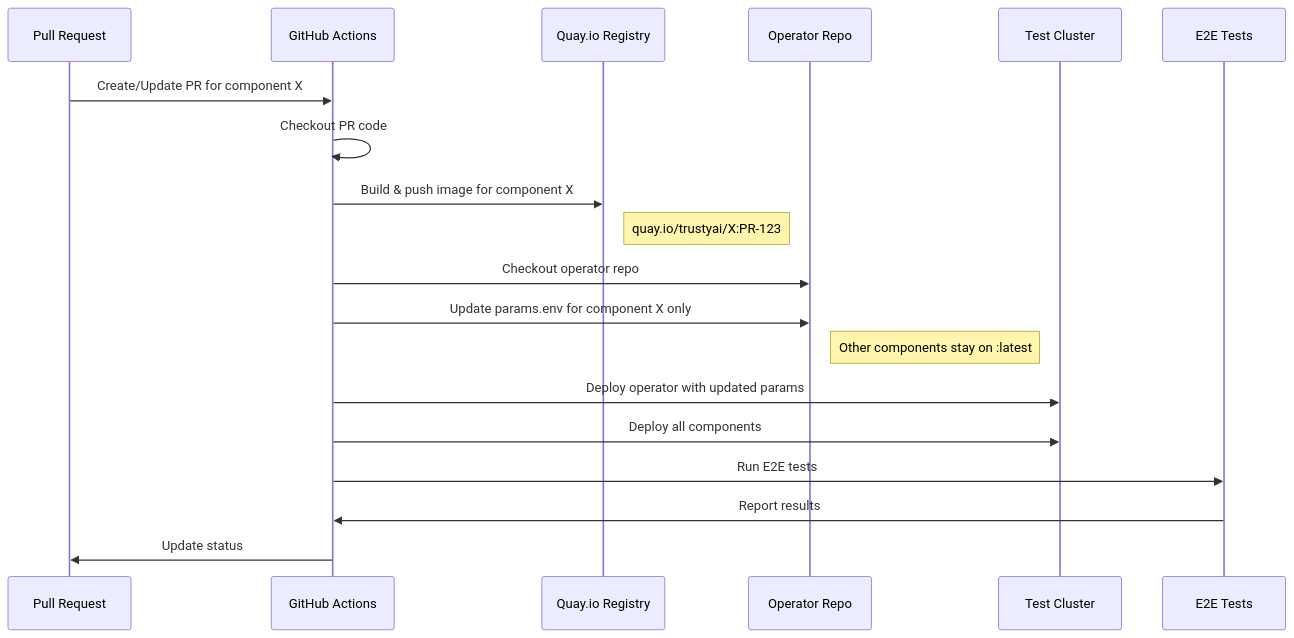
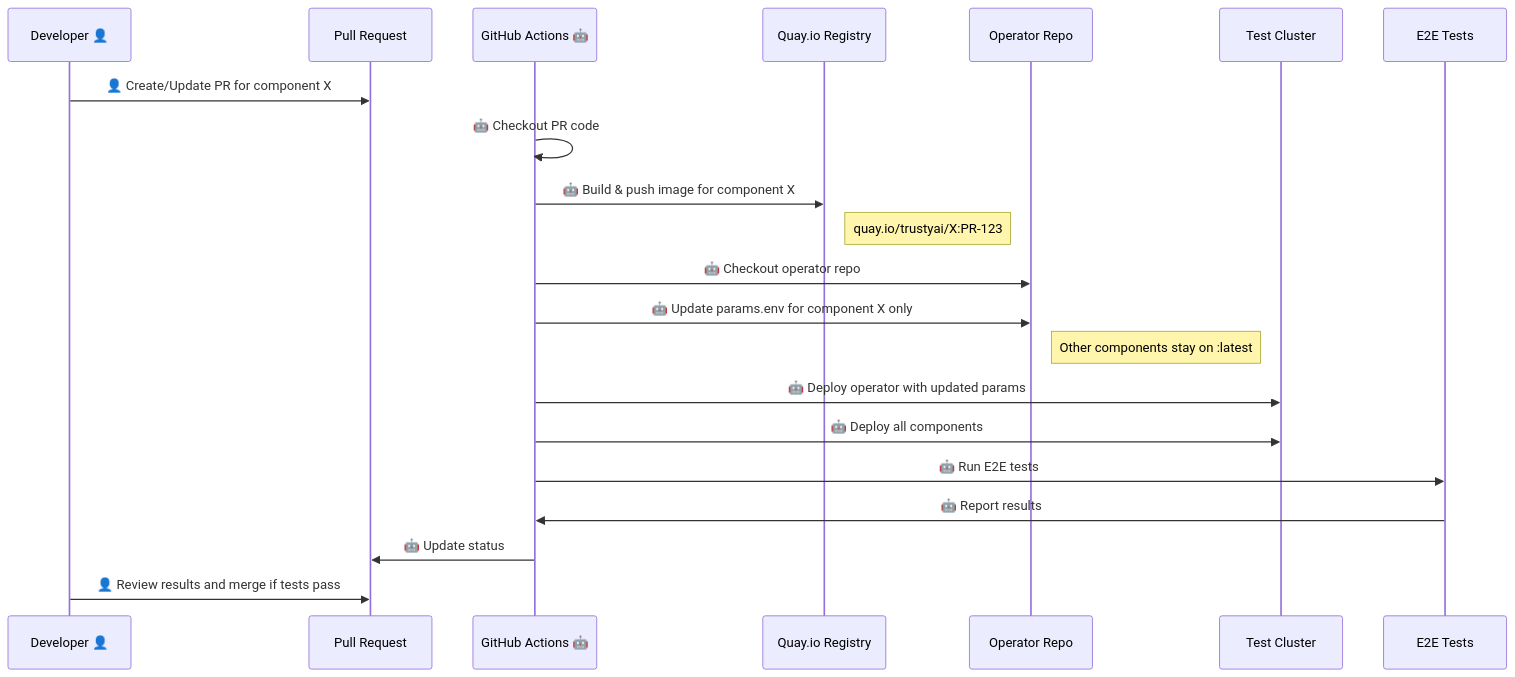
One commit to trustyai-explainability/community changed the fifth of 8 diagrams in adr/ADR-0009-project-workflow.md. Above: the diagram before and after it, drawn with Mermaid. The commit also changed other lines of this file, not shown here.

````diff
--- a/adr/ADR-0009-project-workflow.md
+++ b/adr/ADR-0009-project-workflow.md
@@ -366,22 +366,24 @@
    ```mermaid
    sequenceDiagram
+       participant Dev as Developer 👤
        participant PR as Pull Request
-       participant GH as GitHub Actions
+       participant GH as GitHub Actions 🤖
        participant Quay as Quay.io Registry
        participant Op as Operator Repo
        participant K8s as Test Cluster
        participant Tests as E2E Tests
 
-       PR->>GH: Create/Update PR for component X
-       GH->>GH: Checkout PR code
-       GH->>Quay: Build & push image for component X
+       Dev->>PR: 👤 Create/Update PR for component X
+       GH->>GH: 🤖 Checkout PR code
+       GH->>Quay: 🤖 Build & push image for component X
        Note right of Quay: quay.io/trustyai/X:PR-123
-       GH->>Op: Checkout operator repo
-       GH->>Op: Update params.env for component X only
+       GH->>Op: 🤖 Checkout operator repo
+       GH->>Op: 🤖 Update params.env for component X only
        Note right of Op: Other components stay on :latest
-       GH->>K8s: Deploy operator with updated params
-       GH->>K8s: Deploy all components
-       GH->>Tests: Run E2E tests
-       Tests->>GH: Report results
-       GH->>PR: Update status
+       GH->>K8s: 🤖 Deploy operator with updated params
+       GH->>K8s: 🤖 Deploy all components
+       GH->>Tests: 🤖 Run E2E tests
+       Tests->>GH: 🤖 Report results
+       GH->>PR: 🤖 Update status
+       Dev->>PR: 👤 Review results and merge if tests pass
    ```
````
